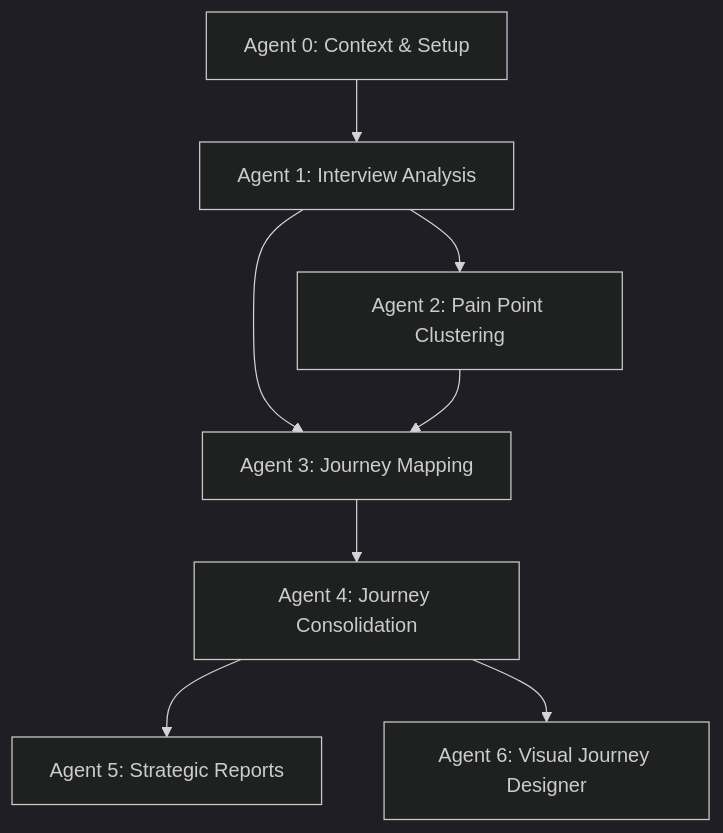
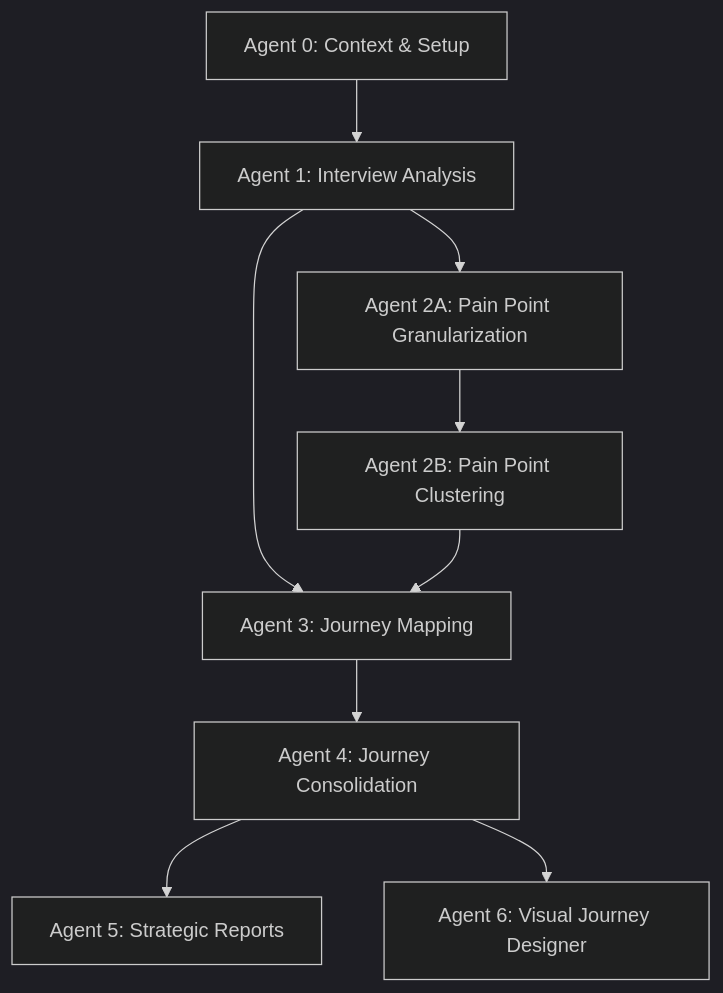
The diagram in .cursor/rules/problem-space/README.md (marcelusfernandes/upstream-agents), drawn with Mermaid (dark theme) before and after one commit. The commit also changed other lines of this file and 13 other files, not shown here.

````diff
--- a/.cursor/rules/problem-space/README.md
+++ b/.cursor/rules/problem-space/README.md
@@ -87,10 +105,11 @@
 ```mermaid
 graph TD
     A[Agent 0: Context & Setup] --> B[Agent 1: Interview Analysis]
-    B --> C[Agent 2: Pain Point Clustering]
-    B --> D[Agent 3: Journey Mapping]
-    C --> D
-    D --> E[Agent 4: Journey Consolidation]
-    E --> F[Agent 5: Strategic Reports]
-    E --> G[Agent 6: Visual Journey Designer]
+    B --> C[Agent 2A: Pain Point Granularization]
+    C --> D[Agent 2B: Pain Point Clustering]
+    B --> E[Agent 3: Journey Mapping]
+    D --> E
+    E --> F[Agent 4: Journey Consolidation]
+    F --> G[Agent 5: Strategic Reports]
+    F --> H[Agent 6: Visual Journey Designer]
 ```
````
